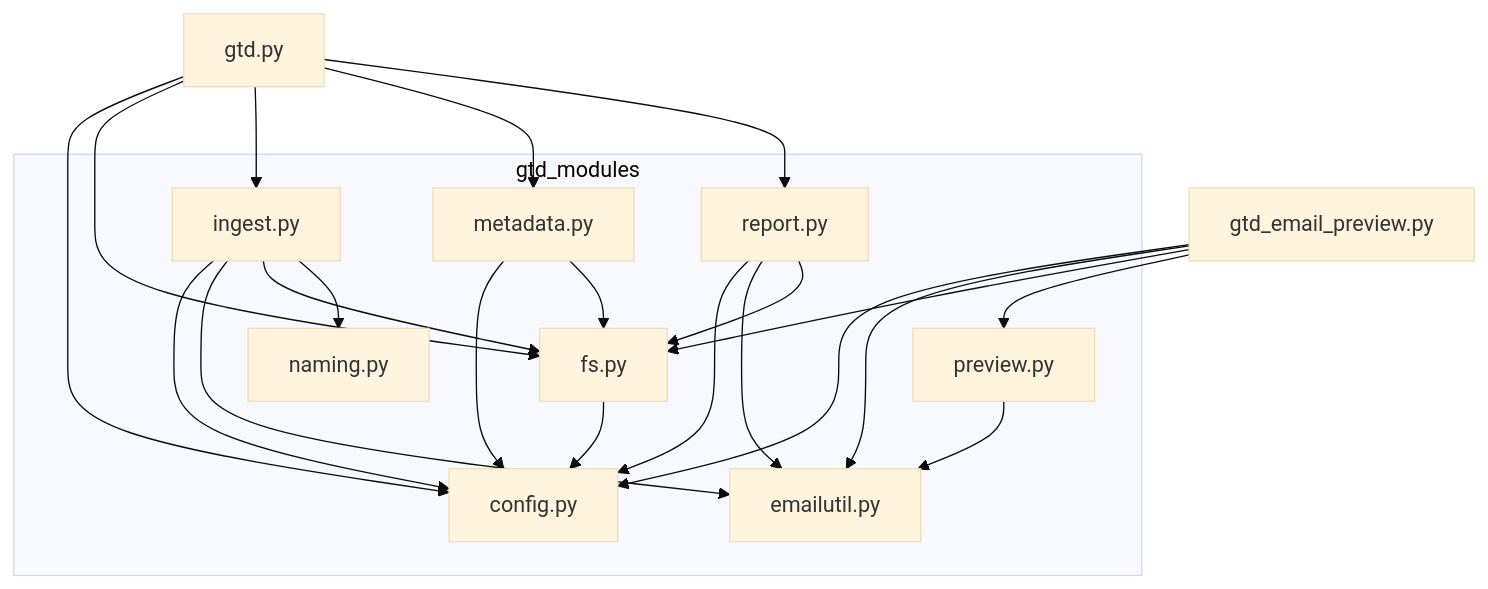
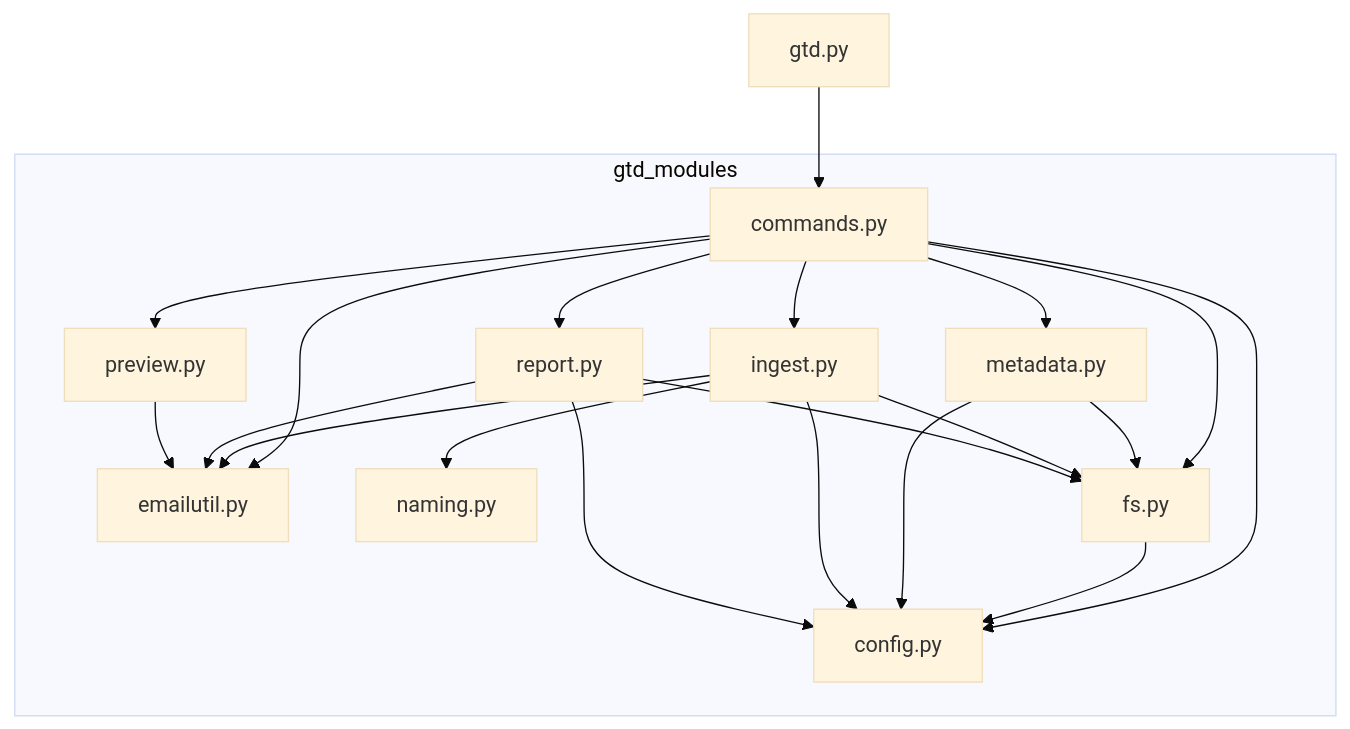
The diagram in docs/maintenance.md (blairwang-online/qdvc-gtd-eml), drawn with Mermaid (base theme) before and after one commit. The commit also changed other lines of this file and 8 other files, not shown here.

Commit message:
[feat] Main gtd.py file serves as CLI

````diff
--- a/docs/maintenance.md
+++ b/docs/maintenance.md
@@ -85,44 +96,43 @@
 ```mermaid
 graph TD
     gtd[gtd.py]
-    preview_cli[gtd_email_preview.py]
 
     subgraph gtd_modules
+        commands[commands.py]
         config[config.py]
         emailutil[emailutil.py]
         naming[naming.py]
         fs[fs.py]
         metadata[metadata.py]
         ingest[ingest.py]
         report[report.py]
         preview[preview.py]
     end
 
-    %% entry point: gtd.py
-    gtd --> config
-    gtd --> fs
-    gtd --> ingest
-    gtd --> metadata
-    gtd --> report
+    %% entry point dispatches into the command hub
+    gtd --> commands
 
-    %% entry point: gtd_email_preview.py
-    preview_cli --> config
-    preview_cli --> emailutil
-    preview_cli --> fs
-    preview_cli --> preview
+    %% command hub pulls in every feature module
+    commands --> config
+    commands --> fs
+    commands --> emailutil
+    commands --> ingest
+    commands --> metadata
+    commands --> preview
+    commands --> report
 
     %% internal package edges
     fs --> config
     metadata --> config
     metadata --> fs
     ingest --> config
     ingest --> emailutil
     ingest --> fs
     ingest --> naming
     report --> config
     report --> emailutil
     report --> fs
     preview --> emailutil
 
     %% leaf modules (no internal imports): config, emailutil, naming
 ```
````
